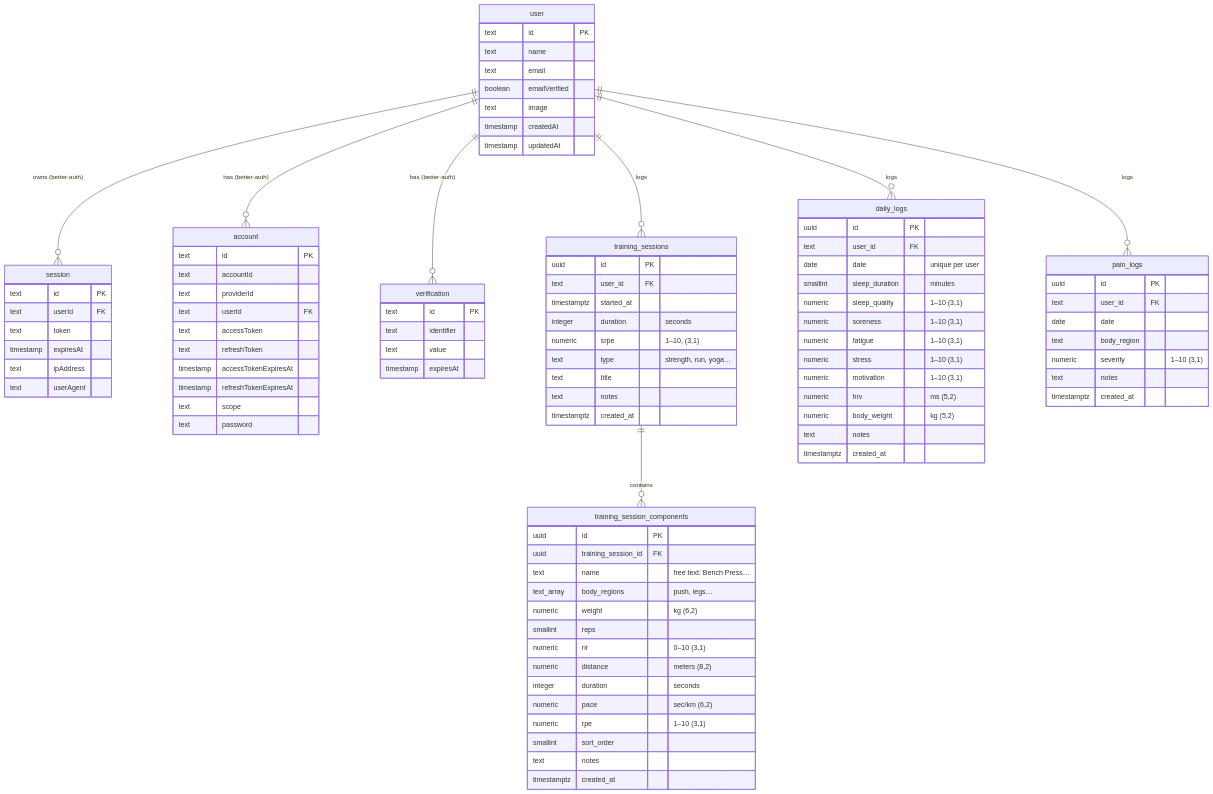
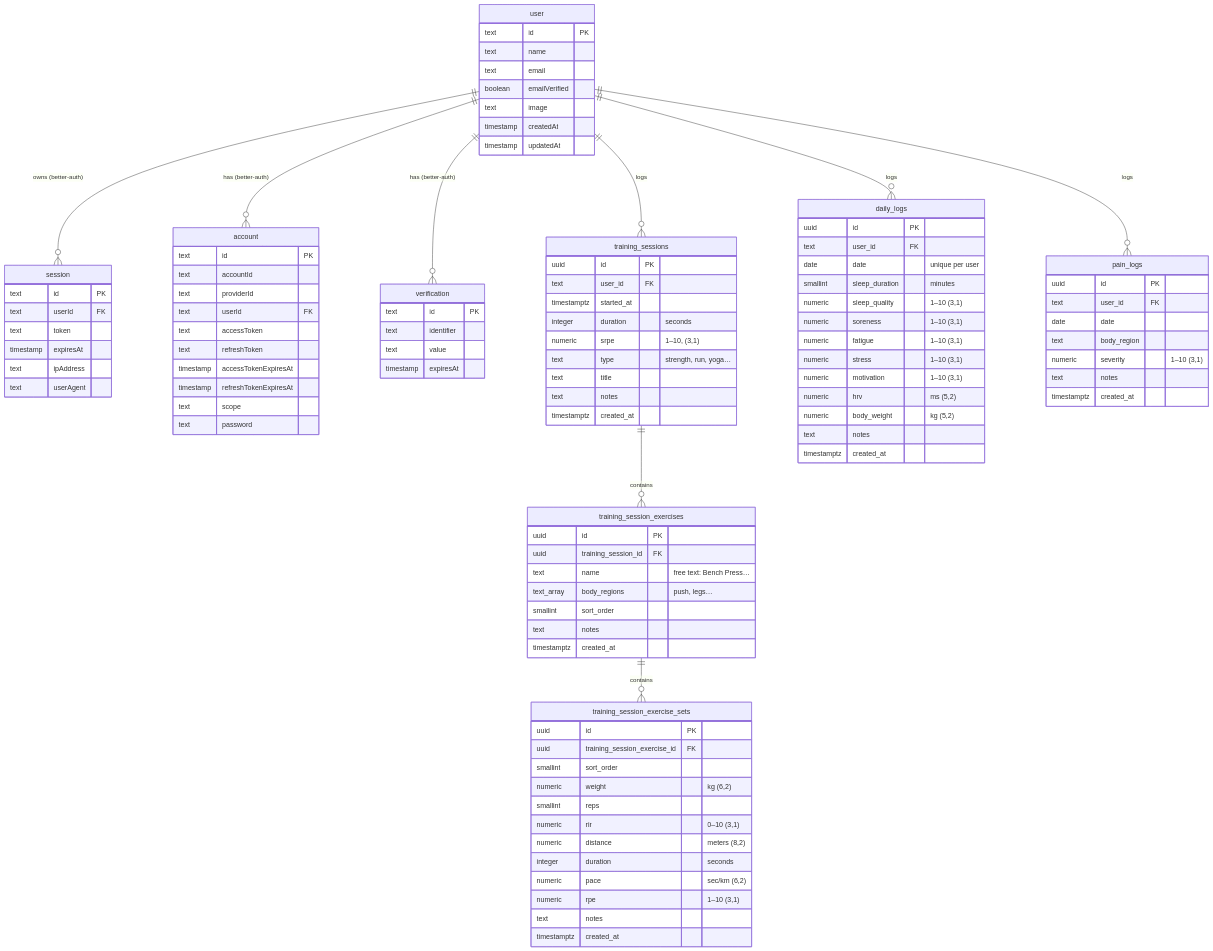
Before and after one commit to stuurlau/wot: the diagram in docs/erd.md, drawn with Mermaid. The commit also changed 40 other files, not shown here.

First line of the commit message:
Refactor backend/frontend to exercises/sets hierarchy and client-side insights

```diff
--- a/docs/erd.md
+++ b/docs/erd.md
@@ -11,7 +11,8 @@
     user ||--o{ training_sessions : "logs"
     user ||--o{ daily_logs : "logs"
     user ||--o{ pain_logs : "logs"
-    training_sessions ||--o{ training_session_components : "contains"
+    training_sessions ||--o{ training_session_exercises : "contains"
+    training_session_exercises ||--o{ training_session_exercise_sets : "contains"
 
     user {
         text id PK
@@ -64,11 +65,20 @@
         timestamptz created_at
     }
 
-    training_session_components {
+    training_session_exercises {
         uuid id PK
         uuid training_session_id FK
         text name "free text: Bench Press…"
         text_array body_regions "push, legs…"
+        smallint sort_order
+        text notes
+        timestamptz created_at
+    }
+
+    training_session_exercise_sets {
+        uuid id PK
+        uuid training_session_exercise_id FK
+        smallint sort_order
         numeric weight "kg (6,2)"
         smallint reps
         numeric rir "0–10 (3,1)"
@@ -76,7 +86,6 @@
         integer duration "seconds"
         numeric pace "sec/km (6,2)"
         numeric rpe "1–10 (3,1)"
-        smallint sort_order
         text notes
         timestamptz created_at
     }
```
